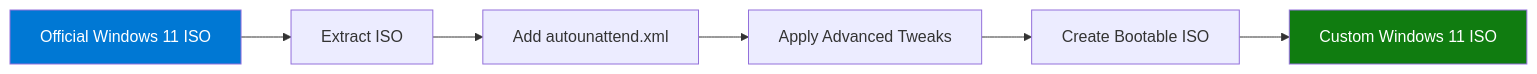
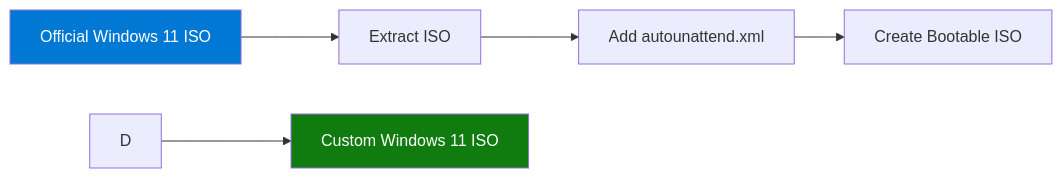
The diagram in README.md (RaulCapelaru/RaulWin11IsoCustomizer), drawn with Mermaid before and after one commit. The commit also changed other lines of this file, not shown here.

````diff
--- a/README.md
+++ b/README.md
@@ -221,11 +188,10 @@
 ```mermaid
 graph LR
     A[Official Windows 11 ISO] --> B[Extract ISO]
     B --> C[Add autounattend.xml]
-    C --> D[Apply Advanced Tweaks]
-    D --> E[Create Bootable ISO]
-    E --> F[Custom Windows 11 ISO]
+    C --> E[Create Bootable ISO]
+    D --> F[Custom Windows 11 ISO]
     
     style A fill:#0078D4,color:#fff
     style F fill:#107C10,color:#fff
 ```
````
